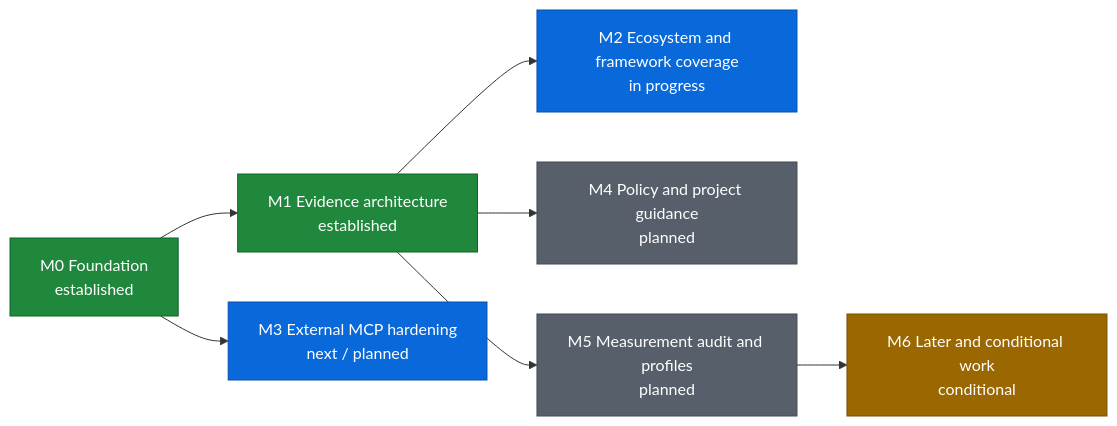
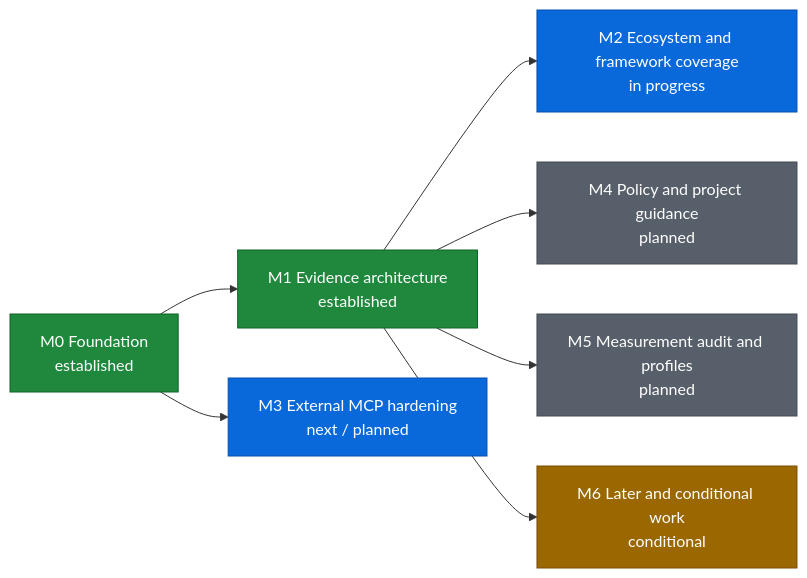
Before and after one commit to xeonvs/open-code-review-toolkit: the diagram in ROADMAP.md, drawn with Mermaid. The commit also changed other lines of this file and 16 other files, not shown here.

````diff
--- a/ROADMAP.md
+++ b/ROADMAP.md
@@ -8,20 +8,20 @@
 ```mermaid
 flowchart LR
     M0["M0 Foundation<br/>established"] --> M1["M1 Evidence architecture<br/>established"]
     M0 --> M3["M3 External MCP hardening<br/>next / planned"]
     M1 --> M2["M2 Ecosystem and framework coverage<br/>in progress"]
     M1 --> M4["M4 Policy and project guidance<br/>planned"]
     M1 --> M5["M5 Measurement audit and profiles<br/>planned"]
-    M5 --> M6["M6 Later and conditional work<br/>conditional"]
+    M1 --> M6["M6 Later and conditional work<br/>conditional"]
 
     classDef established fill:#1f883d,stroke:#116329,color:#ffffff
     classDef next fill:#0969da,stroke:#0550ae,color:#ffffff
     classDef planned fill:#57606a,stroke:#424a53,color:#ffffff
     classDef conditional fill:#9a6700,stroke:#7d4e00,color:#ffffff
 
     class M0,M1 established
     class M3 next
     class M4,M5 planned
     class M2 next
     class M6 conditional
 ```
````
